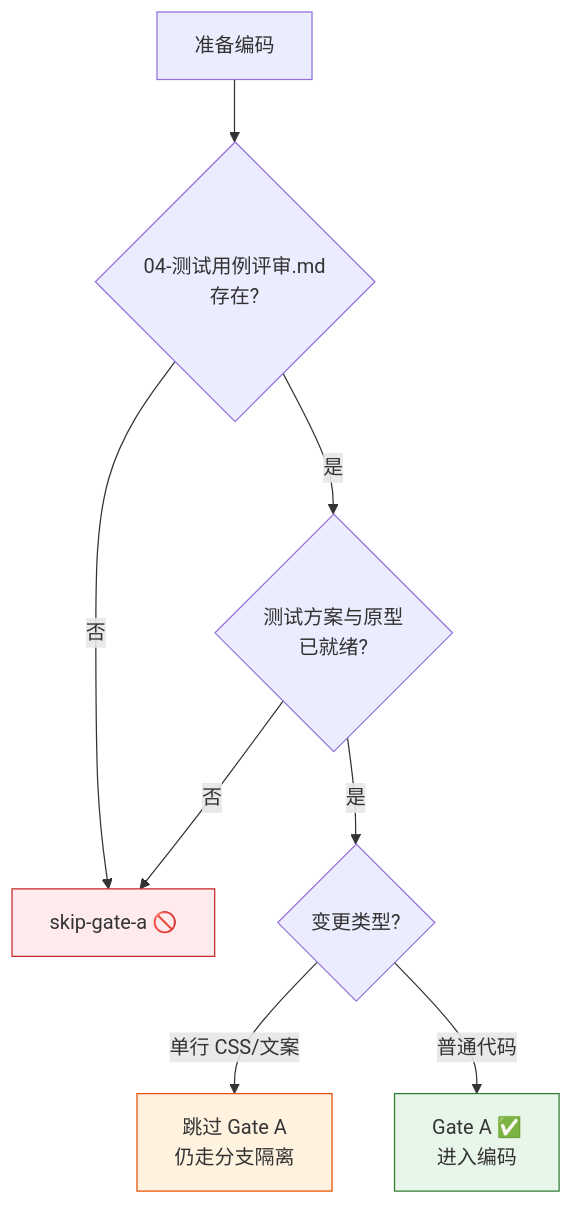
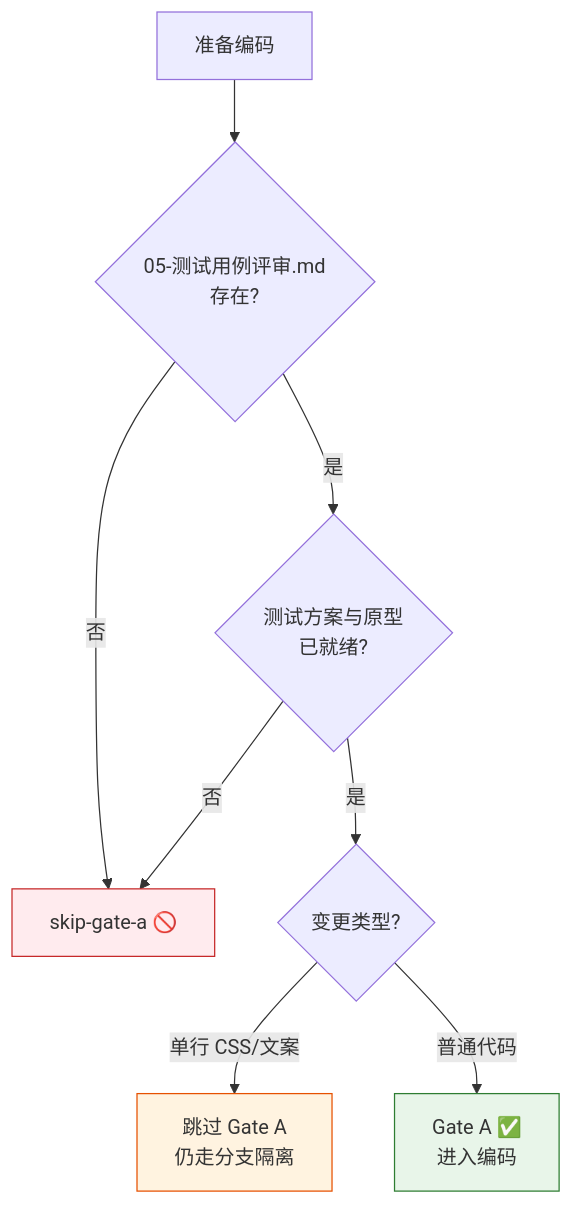
Before and after one commit to effiy/YrY: the third of 9 diagrams in rules/code-pipeline.md, drawn with Mermaid. The commit also changed other lines of this file and 11 other files, not shown here.

````diff
--- a/rules/code-pipeline.md
+++ b/rules/code-pipeline.md
@@ -81,14 +81,14 @@
 ```mermaid
 flowchart TD
-    ENTER["准备编码"] --> Q1{"04-测试用例评审.md<br/>存在?"}
+    ENTER["准备编码"] --> Q1{"05-测试用例评审.md<br/>存在?"}
     Q1 -->|"否"| BLOCK["skip-gate-a 🚫"]:::block
     Q1 -->|"是"| Q2{"测试方案与原型<br/>已就绪?"}
     Q2 -->|"否"| BLOCK
     Q2 -->|"是"| Q3{"变更类型?"}
     Q3 -->|"单行 CSS/文案"| BYPASS["跳过 Gate A<br/>仍走分支隔离"]:::bypass
     Q3 -->|"普通代码"| PASS["Gate A ✅<br/>进入编码"]:::pass
 
     classDef block fill:#ffebee,stroke:#c62828;
     classDef bypass fill:#fff3e0,stroke:#e65100;
     classDef pass fill:#e8f5e9,stroke:#2e7d32;
 ```
````
